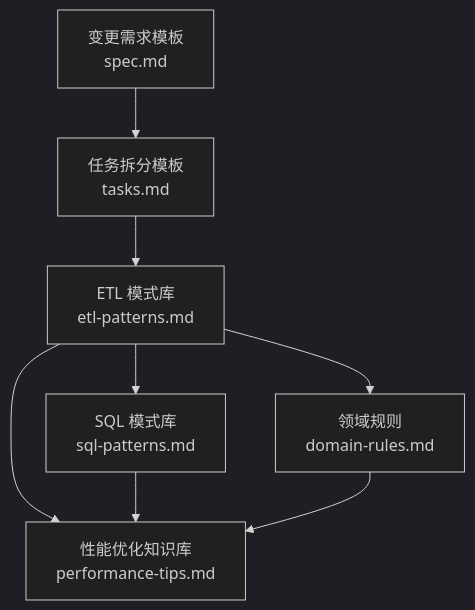
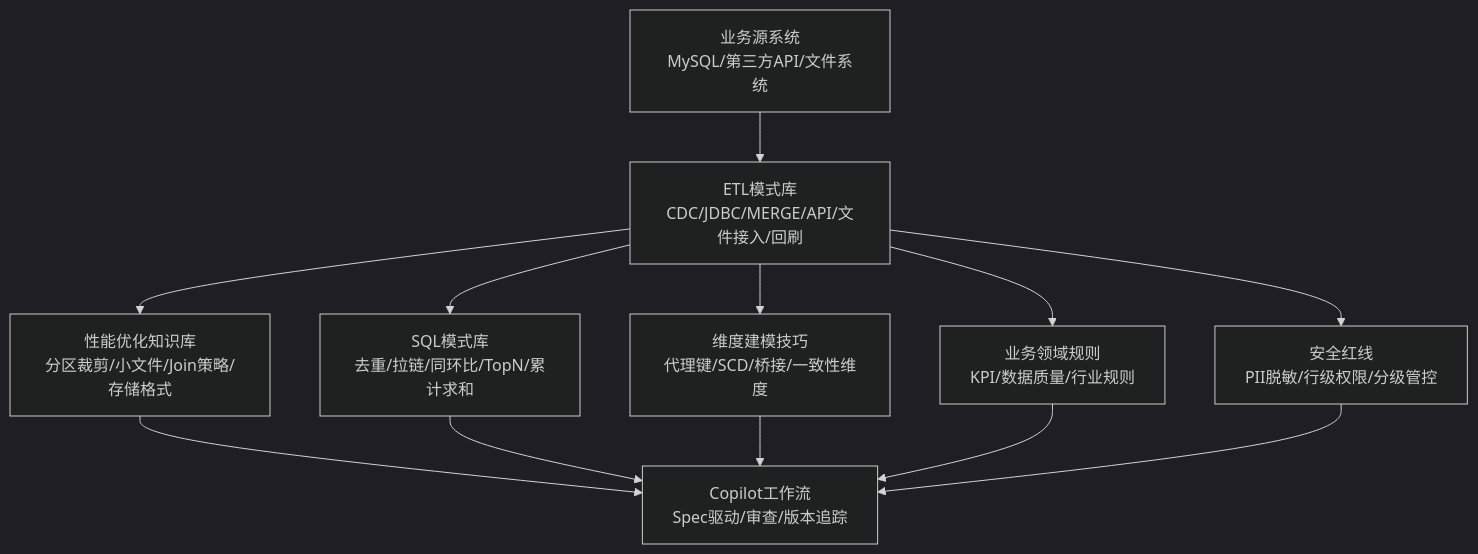
The second of 12 diagrams in .qoder/repowiki/zh/content/知识库系统/ETL模式库.md (13679659643/Data_Warehouse_Engineering), drawn with Mermaid (dark theme) before and after one commit. The commit also changed other lines of this file and 88 other files, not shown here.

````diff
--- a/.qoder/repowiki/zh/content/知识库系统/ETL模式库.md
+++ b/.qoder/repowiki/zh/content/知识库系统/ETL模式库.md
@@ -91,16 +112,22 @@
 ```mermaid
 graph TB
-SPEC["变更需求模板<br/>spec.md"]
-TASKS["任务拆分模板<br/>tasks.md"]
-ETL["ETL 模式库<br/>etl-patterns.md"]
-SQLP["SQL 模式库<br/>sql-patterns.md"]
-PERF["性能优化知识库<br/>performance-tips.md"]
-DOMAIN["领域规则<br/>domain-rules.md"]
-SPEC --> TASKS
-TASKS --> ETL
+SRC["业务源系统<br/>MySQL/第三方API/文件系统"]
+ETL["ETL模式库<br/>CDC/JDBC/MERGE/API/文件接入/回刷"]
+PERF["性能优化知识库<br/>分区裁剪/小文件/Join策略/存储格式"]
+SQLP["SQL模式库<br/>去重/拉链/同环比/TopN/累计求和"]
+DIM["维度建模技巧<br/>代理键/SCD/桥接/一致性维度"]
+RULES["业务领域规则<br/>KPI/数据质量/行业规则"]
+SEC["安全红线<br/>PII脱敏/行级权限/分级管控"]
+AG["Copilot工作流<br/>Spec驱动/审查/版本追踪"]
+SRC --> ETL
+ETL --> PERF
 ETL --> SQLP
-ETL --> PERF
-ETL --> DOMAIN
-SQLP --> PERF
-DOMAIN --> PERF
+ETL --> DIM
+ETL --> RULES
+ETL --> SEC
+PERF --> AG
+SQLP --> AG
+DIM --> AG
+RULES --> AG
+SEC --> AG
 ```
````
